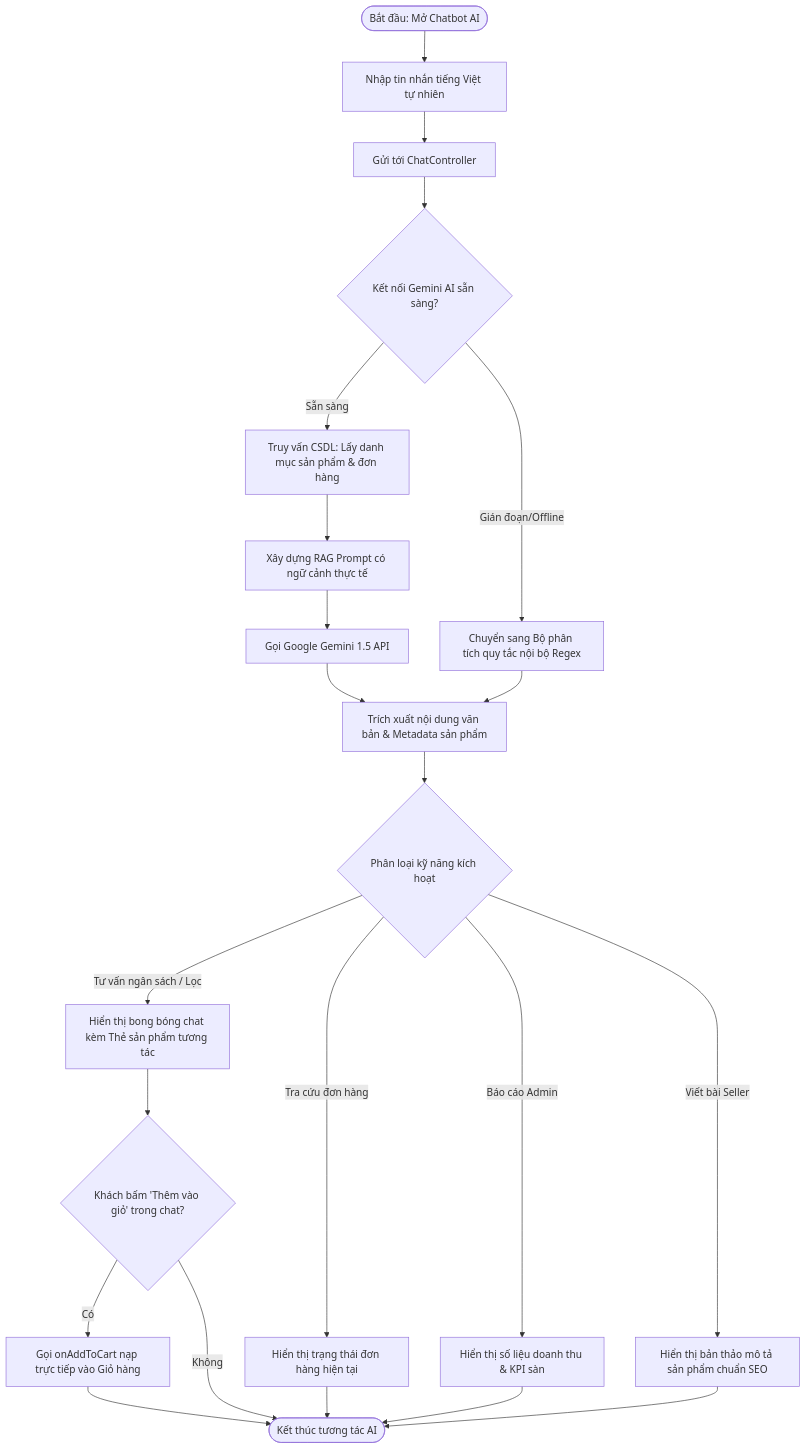
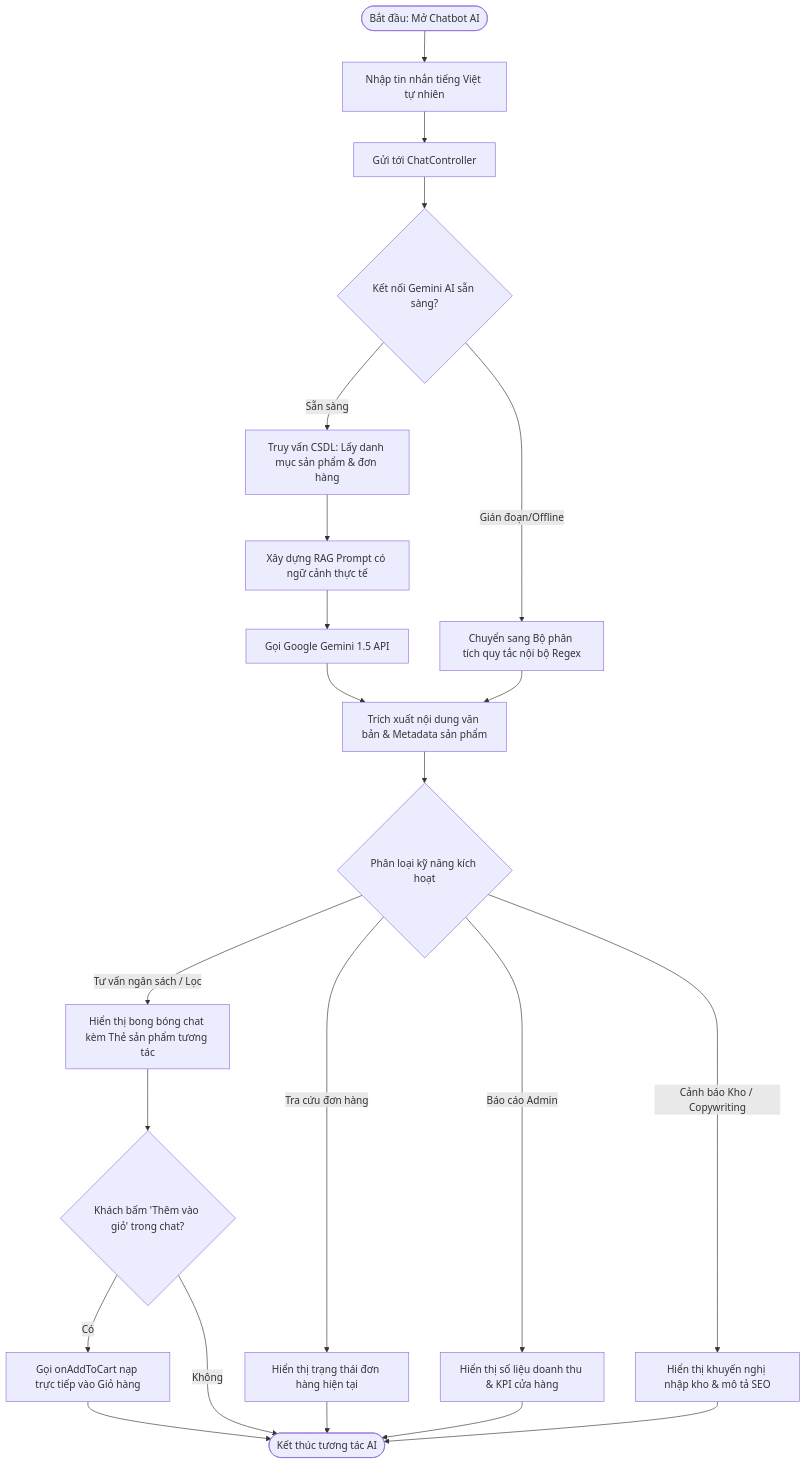
One commit to Khanhack11/-ng-d-ng-AI changed diagram 14 of 20 in docs/SRS_SZSHOP_SPECIFICATION.md. Above: the diagram before and after it, drawn with Mermaid. The commit also changed other lines of this file and 53 other files, not shown here.

````diff
--- a/docs/SRS_SZSHOP_SPECIFICATION.md
+++ b/docs/SRS_SZSHOP_SPECIFICATION.md
@@ -775,27 +773,27 @@
 ```mermaid
 flowchart TD
     Start([Bắt đầu: Mở Chatbot AI]) --> UserMsg[Nhập tin nhắn tiếng Việt tự nhiên]
     UserMsg --> SendChatReq[Gửi tới ChatController]
     SendChatReq --> CheckAIOnline{Kết nối Gemini AI sẵn sàng?}
     
     CheckAIOnline -- Sẵn sàng --> RAGContext[Truy vấn CSDL: Lấy danh mục sản phẩm & đơn hàng]
     RAGContext --> BuildPrompt[Xây dựng RAG Prompt có ngữ cảnh thực tế]
     BuildPrompt --> CallGemini[Gọi Google Gemini 1.5 API]
     CallGemini --> ParseResponse[Trích xuất nội dung văn bản & Metadata sản phẩm]
     
     CheckAIOnline -- Gián đoạn/Offline --> LocalEngine[Chuyển sang Bộ phân tích quy tắc nội bộ Regex]
     LocalEngine --> ParseResponse
     
     ParseResponse --> SkillDispatch{Phân loại kỹ năng kích hoạt}
     SkillDispatch -- Tư vấn ngân sách / Lọc --> ShowProductCards[Hiển thị bong bóng chat kèm Thẻ sản phẩm tương tác]
     SkillDispatch -- Tra cứu đơn hàng --> ShowOrderStatus[Hiển thị trạng thái đơn hàng hiện tại]
-    SkillDispatch -- Báo cáo Admin --> ShowReport[Hiển thị số liệu doanh thu & KPI sàn]
-    SkillDispatch -- Viết bài Seller --> ShowSEOText[Hiển thị bản thảo mô tả sản phẩm chuẩn SEO]
+    SkillDispatch -- Báo cáo Admin --> ShowReport[Hiển thị số liệu doanh thu & KPI cửa hàng]
+    SkillDispatch -- Cảnh báo Kho / Copywriting --> ShowSEOText[Hiển thị khuyến nghị nhập kho & mô tả SEO]
     
     ShowProductCards --> QuickCartAction{Khách bấm 'Thêm vào giỏ' trong chat?}
     QuickCartAction -- Có --> AddDirect[Gọi onAddToCart nạp trực tiếp vào Giỏ hàng] --> End([Kết thúc tương tác AI])
     QuickCartAction -- Không --> End
     ShowOrderStatus --> End
     ShowReport --> End
     ShowSEOText --> End
 ```
````
